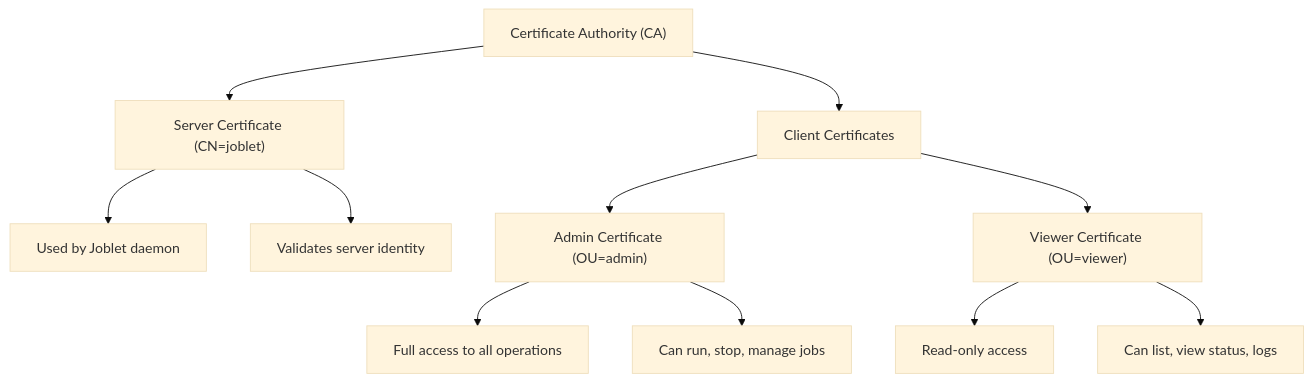
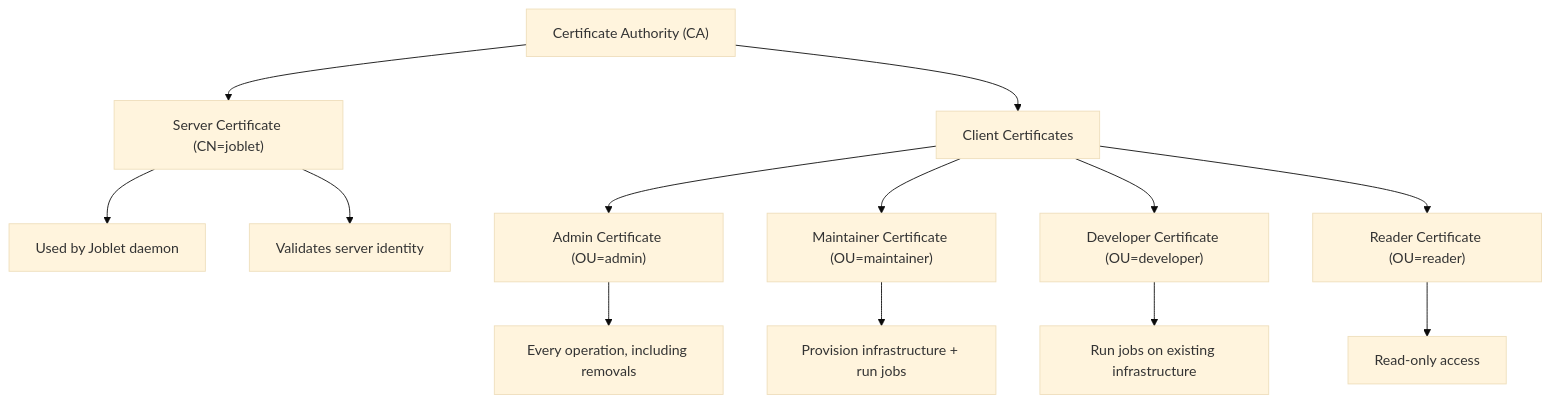
One commit to ehsaniara/joblet changed the second of 3 diagrams in docs/SECURITY.md. Above: the diagram before and after it, drawn with Mermaid (base theme). The commit also changed other lines of this file and 77 other files, not shown here.

````diff
--- a/docs/SECURITY.md
+++ b/docs/SECURITY.md
@@ -65,13 +71,15 @@
 ```mermaid
 flowchart TD
     N1["Certificate Authority (CA)"] --> N2["Server Certificate (CN=joblet)"]
     N1 --> N3["Client Certificates"]
     N2 --> N4["Used by Joblet daemon"]
     N2 --> N5["Validates server identity"]
     N3 --> N6["Admin Certificate (OU=admin)"]
-    N3 --> N7["Viewer Certificate (OU=viewer)"]
-    N6 --> N8["Full access to all operations"]
-    N6 --> N9["Can run, stop, manage jobs"]
-    N7 --> N10["Read-only access"]
-    N7 --> N11["Can list, view status, logs"]
+    N3 --> N7["Maintainer Certificate (OU=maintainer)"]
+    N3 --> N8["Developer Certificate (OU=developer)"]
+    N3 --> N9["Reader Certificate (OU=reader)"]
+    N6 --> N10["Every operation, including removals"]
+    N7 --> N11["Provision infrastructure + run jobs"]
+    N8 --> N12["Run jobs on existing infrastructure"]
+    N9 --> N13["Read-only access"]
 ```
````
